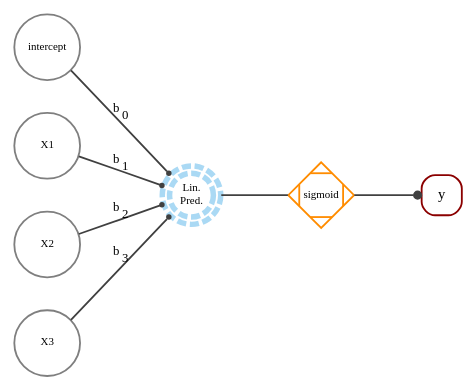
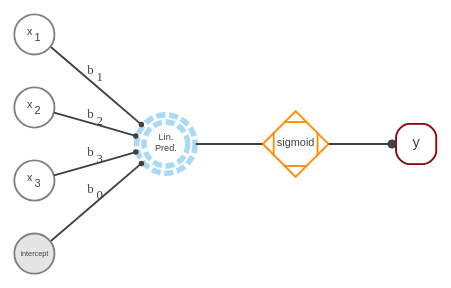
The diagram in img/graphical_logistic.dot (m-clark/book-of-models), drawn with Graphviz before and after one commit. The commit also changed 22 other files, not shown here.

```diff
--- a/img/graphical_logistic.dot
+++ b/img/graphical_logistic.dot
@@ -1,25 +1,30 @@
 digraph logreg {
-  bgcolor="transparent"
-  rankdir=LR;
-  node [shape=circle color=gray50];
-  input_bias[label="intercept" fixedsize=True fontsize =6 width=.5];
-  X1 [label="X1" fixedsize=True fontsize =6 width=.5];
-  X2 [label="X2" fixedsize=True fontsize =6 width=.5];
-  X3 [label="X3" fixedsize=True fontsize =6 width=.5];
-  
-  
-  input_bias -> lp [label=<b<sub>0</sub>> arrowhead="dot" arrowsize=0.25 minlen=.10 fontsize=7 color=gray25];
-  X1 -> lp [label=<b<sub>1</sub>> arrowhead="dot" arrowsize=0.25 minlen=1 fontsize=7 color=gray25];
-  X2 -> lp [label=<b<sub>2</sub>> arrowhead="dot" arrowsize=0.25 minlen=1 fontsize=7 color=gray25];
-  X3 -> lp [label=<b<sub>3</sub>> arrowhead="dot" arrowsize=0.25 minlen=1 fontsize=7 color=gray25];
-  
-  lp [label="Lin.\nPred." fixedsize=True fontsize =6 width=.33 color = "#56B4E980" shape=doublecircle style=dashed penwidth=3];
-  
-  activation [label="sigmoid" fixedsize=True fontsize =6 width=.5 color = "darkorange" shape=Mdiamond];
+    graph [rankdir = LR bgcolor=transparent]
+
+    node [shape = square, fontcolor=gray25 color=gray80]
+
+    node [fontname="Helvetica" fontsize=6 fixedsize=true width=.3 shape=circle color=gray50]
+    x1 [label=<x<sub>1</sub>>]; x2 [label=<x<sub>2</sub>>]; x3 [label=<x<sub>3</sub>>]; 
+
+    node [fillcolor=gray90 style=filled fixedsize=true width=.4]
+    lp [label = "Lin.\nPred." width=.33 color = "#56B4E980" shape=doublecircle style=dashed penwidth=3 fontsize = 5];
+    
+    node [fillcolor=gray90 style=filled fixedsize=true width=.4]
+    b0[label=intercept width=.3 fontsize=4];
+
+    // y [fixedsize=True fontsize =10 width=.3 color=darkred shape=square style=rounded];
+
+    edge [color=gray50 style=filled arrowsize=.5 fontsize = 5 fontcolor=gray25]
+    x1 -> lp [label=<b<sub>1</sub>> arrowhead="dot" arrowsize=0.25 minlen=1 fontsize=7 color=gray25]; 
+    x2 -> lp [label=<b<sub>2</sub>> arrowhead="dot" arrowsize=0.25 minlen=1 fontsize=7 color=gray25]; 
+    x3 -> lp [label=<b<sub>3</sub>> arrowhead="dot" arrowsize=0.25 minlen=1 fontsize=7 color=gray25];
+    b0 -> lp [label=<b<sub>0</sub>> arrowhead="dot" arrowsize=0.25 minlen=1 fontsize=7 color=gray25];
+
+  activation [label="sigmoid" fixedsize=True fontsize =6 width=.5 color = "darkorange" fillcolor="white" shape=Mdiamond];
   
   lp -> activation [arrowhead="none" arrowsize=0.5 minlen=1 color=gray25];
   
   activation -> output [label="" arrowhead="dot" arrowsize=0.5 minlen=1 color=gray25];
   
   output [label="y" fixedsize=True fontsize =8 width=.3 color="darkred" shape=square style=rounded];
 }
```
